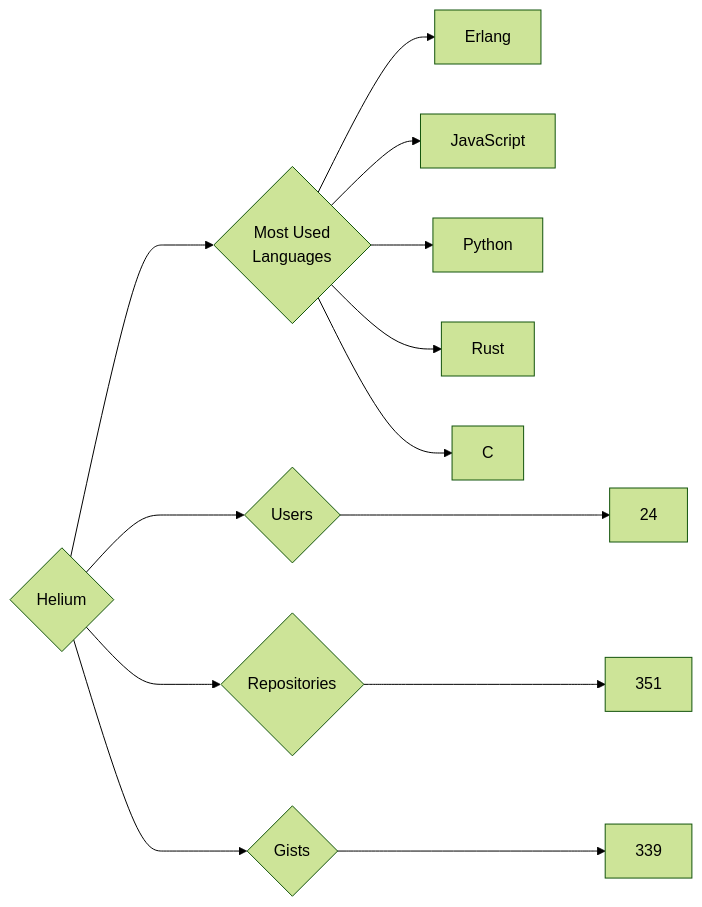
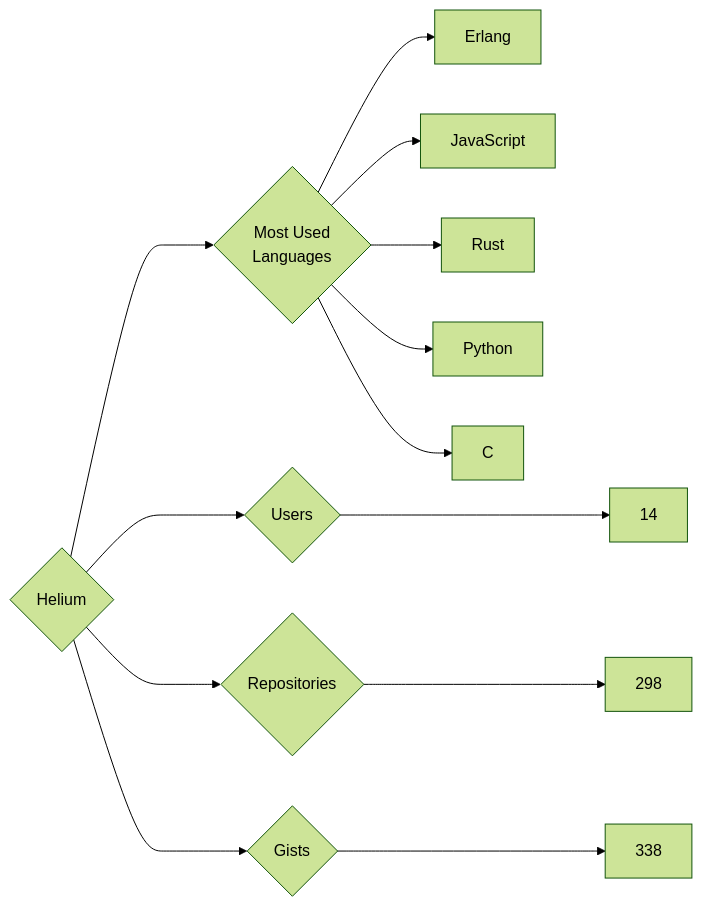
Before and after one commit to trickest/insiders: the diagram in targets/Helium/README.md, drawn with Mermaid (forest theme). The commit also changed 932 other files, not shown here.

````diff
--- a/targets/Helium/README.md
+++ b/targets/Helium/README.md
@@ -3,13 +3,13 @@
 ```mermaid
 graph LR
 COMPANY_NAME{Helium}
-COMPANY_NAME ---> U{Users} ---> UN[24]
-COMPANY_NAME ---> R{Repositories} ---> RN[351]
-COMPANY_NAME ---> G{Gists} ---> GN[339]
+COMPANY_NAME ---> U{Users} ---> UN[14]
+COMPANY_NAME ---> R{Repositories} ---> RN[298]
+COMPANY_NAME ---> G{Gists} ---> GN[338]
 COMPANY_NAME ---> ML{Most Used<br>Languages}
 ML --> Erlang[Erlang]
 ML --> JavaScript[JavaScript]
+ML --> Rust[Rust]
 ML --> Python[Python]
-ML --> Rust[Rust]
 ML --> C[C]
 ```
````
